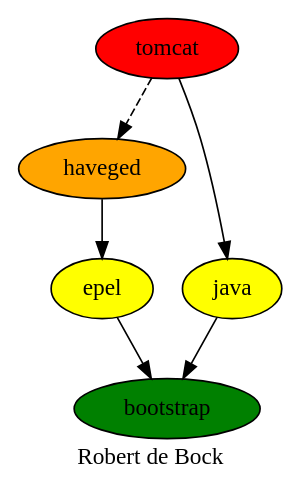
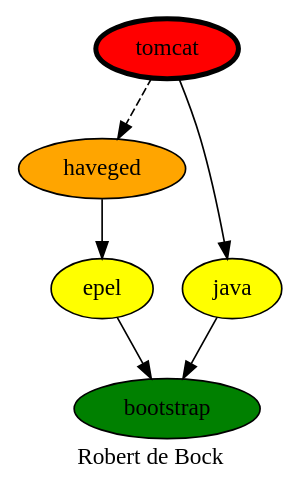
Before and after one commit to robertdebock/robertdebock.github.io: the diagram in tomcat.dot, drawn with Graphviz.

Commit message:
Fixing tomcat

```diff
--- a/tomcat.dot
+++ b/tomcat.dot
@@ -1,15 +1,15 @@
 digraph PhiloDilemma {
   label = "Robert de Bock" ;
   overlap=false
   {
     bootstrap [fillcolor=green style=filled]
     epel [fillcolor=yellow style=filled]
     haveged [fillcolor=orange style=filled]
     java [fillcolor=yellow style=filled]
-    tomcat [fillcolor=red style=filled]
+    tomcat [fillcolor=red style=filled penwidth=3]
   }
-  {epel java} -> bootstrap
-  haveged -> epel
   tomcat -> java
   tomcat -> haveged [style=dashed]
+  haveged -> epel
+  {epel java} -> bootstrap
 }
```
